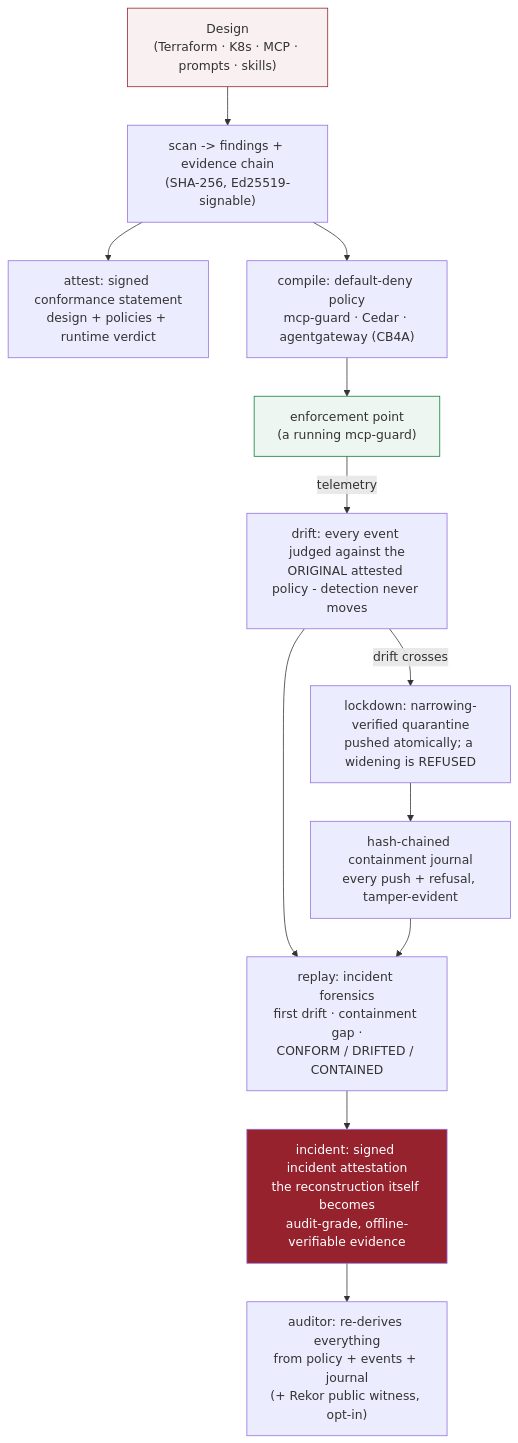
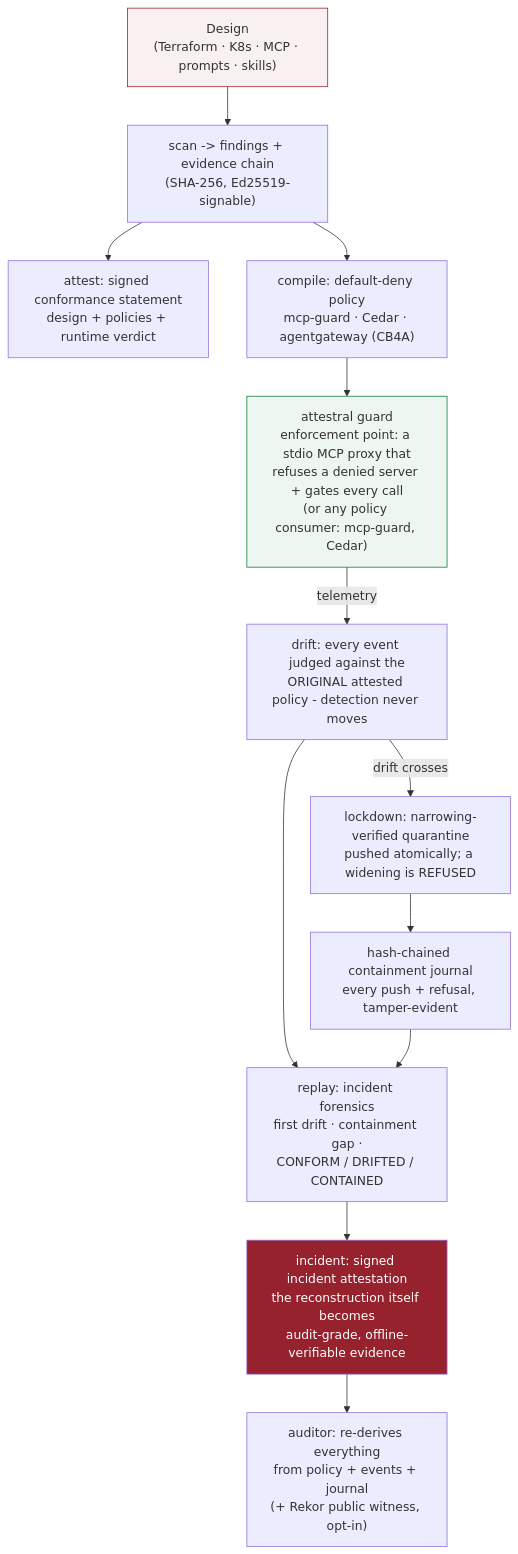
Before and after one commit to attestral-labs/attestral: the third of 5 diagrams in README.md, drawn with Mermaid. The commit also changed other lines of this file and 10 other files, not shown here.

````diff
--- a/README.md
+++ b/README.md
@@ -328,17 +330,17 @@
 ```mermaid
 flowchart TB
     DES["Design<br/>(Terraform · K8s · MCP · prompts · skills)"] --> SCAN["scan -> findings + evidence chain<br/>(SHA-256, Ed25519-signable)"]
     SCAN --> ATT["attest: signed conformance statement<br/>design + policies + runtime verdict"]
     SCAN --> CMP["compile: default-deny policy<br/>mcp-guard · Cedar · agentgateway (CB4A)"]
-    CMP --> ENF["enforcement point<br/>(a running mcp-guard)"]
+    CMP --> ENF["attestral guard<br/>enforcement point: a stdio MCP proxy that<br/>refuses a denied server + gates every call<br/>(or any policy consumer: mcp-guard, Cedar)"]
     ENF -->|telemetry| DRIFT["drift: every event judged against the<br/>ORIGINAL attested policy - detection never moves"]
     DRIFT -->|"drift crosses"| LOCK["lockdown: narrowing-verified quarantine<br/>pushed atomically; a widening is REFUSED"]
     LOCK --> JRNL["hash-chained containment journal<br/>every push + refusal, tamper-evident"]
     DRIFT --> RPL["replay: incident forensics<br/>first drift · containment gap ·<br/>CONFORM / DRIFTED / CONTAINED"]
     JRNL --> RPL
     RPL --> INC2["incident: signed incident attestation<br/>the reconstruction itself becomes<br/>audit-grade, offline-verifiable evidence"]
     INC2 --> AUD["auditor: re-derives everything<br/>from policy + events + journal<br/>(+ Rekor public witness, opt-in)"]
     style DES fill:#96222E11,stroke:#96222E
     style ENF fill:#0a7d3611,stroke:#0a7d36
     style INC2 fill:#96222E,color:#fff
 ```
````
